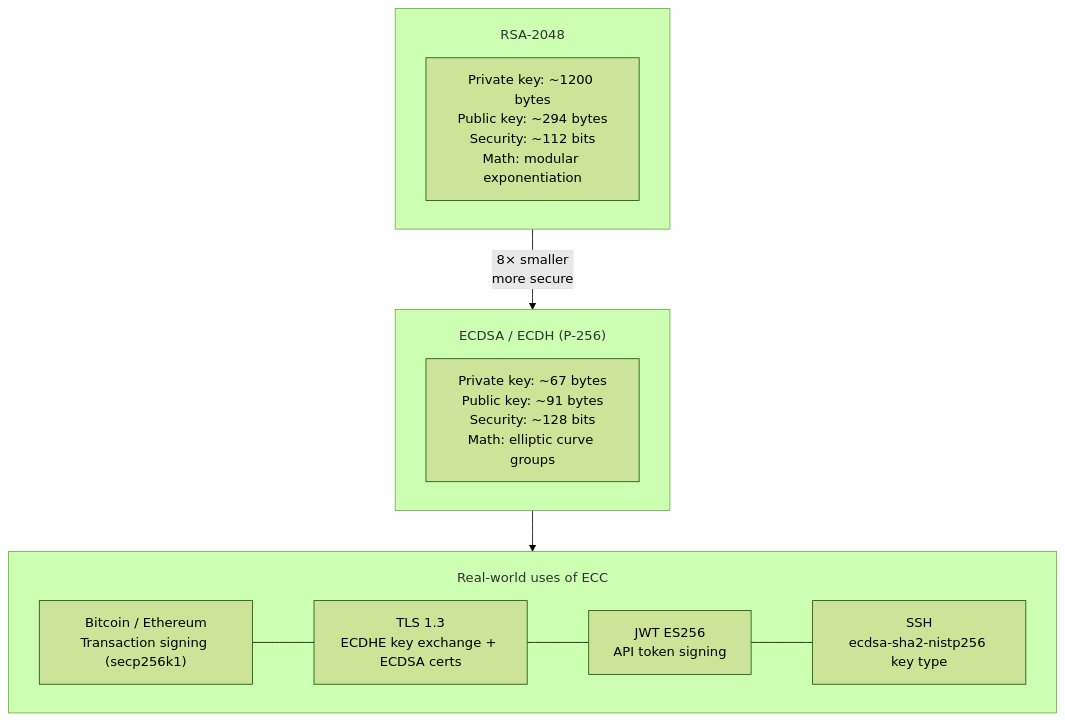
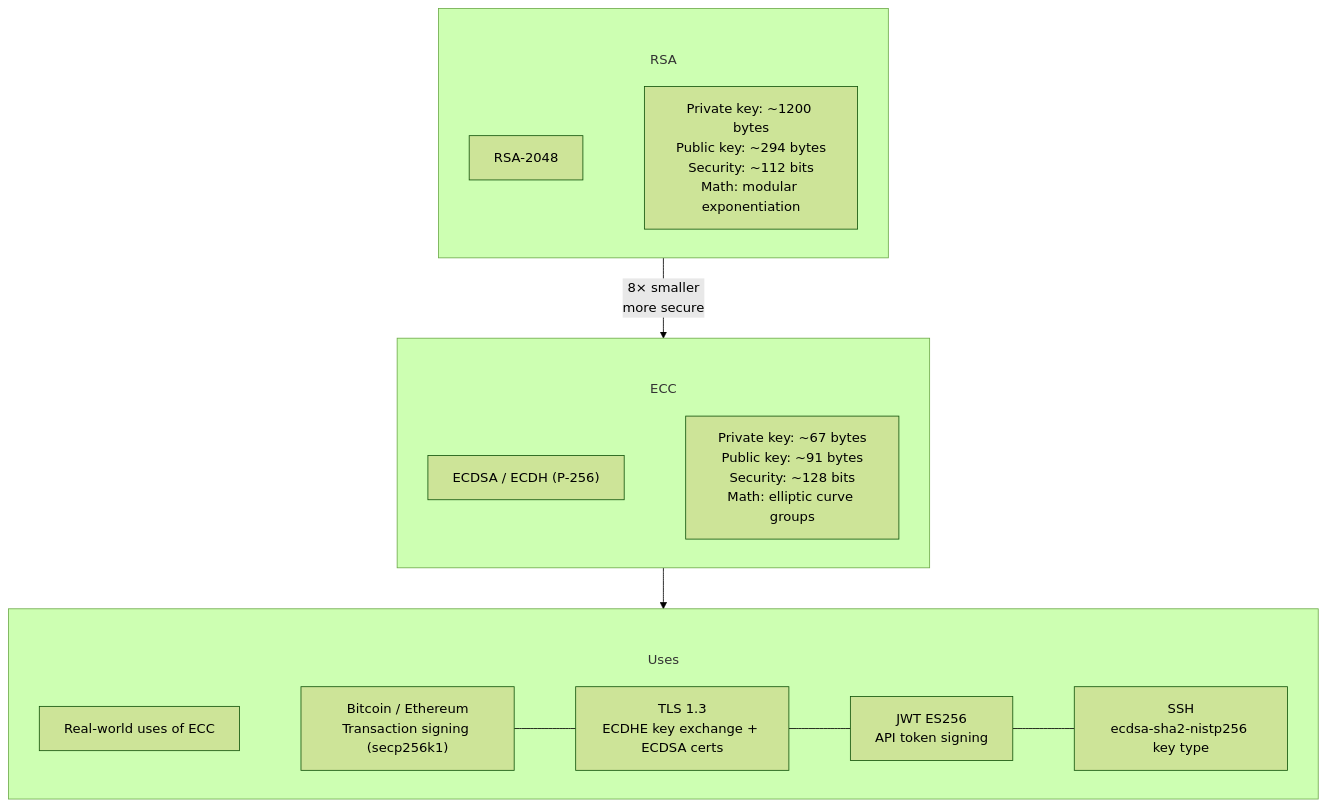
Before and after one commit to csoares/SecurityJava: diagram 13 of 19 in README.md, drawn with Mermaid (forest theme). The commit also changed other lines of this file and 11 other files, not shown here.

First line of the commit message:
Fix Mermaid subgraph title overlap by moving labels into title nodes

````diff
--- a/README.md
+++ b/README.md
@@ -381,22 +403,28 @@
 ```mermaid
-%%{init: {'flowchart': {'subGraphTitleMargin': {'top': 20, 'bottom': 5}}}}%%
+%%{init: {'flowchart': {'subGraphTitleMargin': {'top': 50, 'bottom': 10}}}}%%
 flowchart TD
-    subgraph RSA ["RSA-2048"]
+    subgraph RSA
+        T_RSA["RSA-2048"]
+        T_RSA ~~~ RSAP
         RSAP["Private key: ~1200 bytes<br/>Public key: ~294 bytes<br/>Security: ~112 bits<br/>Math: modular exponentiation"]
     end
 
-    subgraph ECC ["ECDSA / ECDH (P-256)"]
+    subgraph ECC
+        T_ECC["ECDSA / ECDH (P-256)"]
+        T_ECC ~~~ ECCP
         ECCP["Private key: ~67 bytes<br/>Public key: ~91 bytes<br/>Security: ~128 bits<br/>Math: elliptic curve groups"]
     end
 
     RSA -->|"8× smaller<br/>more secure"| ECC
 
-    subgraph Uses ["Real-world uses of ECC"]
+    subgraph Uses
+        T_Uses["Real-world uses of ECC"]
+        T_Uses ~~~ U1
         U1["Bitcoin / Ethereum<br/>Transaction signing (secp256k1)"]
         U2["TLS 1.3<br/>ECDHE key exchange + ECDSA certs"]
         U3["JWT ES256<br/>API token signing"]
         U4["SSH<br/>ecdsa-sha2-nistp256 key type"]
         U1 --- U2 --- U3 --- U4
     end
     ECC --> Uses
 ```
````
